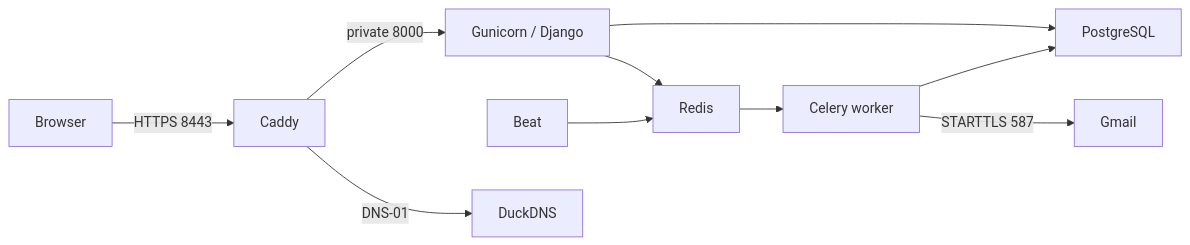
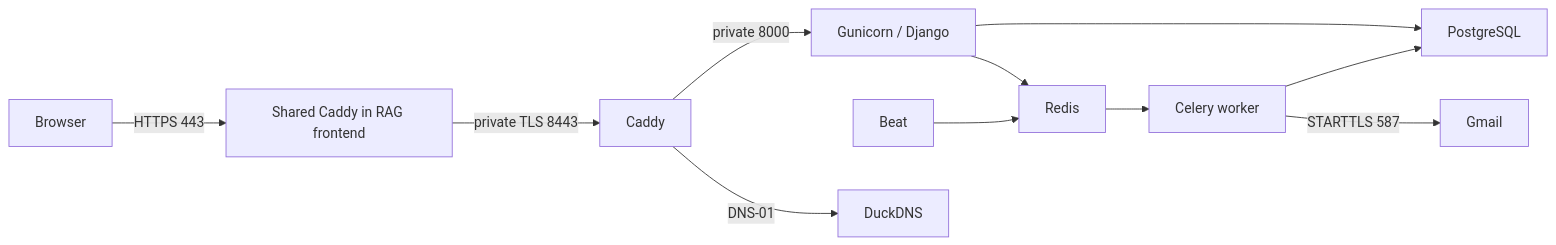
Before and after one commit to Tapan48/event_ticket_booking_api: the diagram in docs/deployment.md, drawn with Mermaid. The commit also changed other lines of this file and 5 other files, not shown here.

Commit message:
deploy: route ticket domain through shared HTTPS ingress

````diff
--- a/docs/deployment.md
+++ b/docs/deployment.md
@@ -14,12 +18,13 @@
 ```mermaid
 flowchart LR
-    Browser -->|HTTPS 8443| Caddy
+    Browser -->|HTTPS 443| Edge[Shared Caddy in RAG frontend]
+    Edge -->|private TLS 8443| Caddy
     Caddy -->|private 8000| Django[Gunicorn / Django]
     Django --> PostgreSQL
     Django --> Redis
     Beat --> Redis
     Redis --> Worker[Celery worker]
     Worker --> PostgreSQL
     Worker -->|STARTTLS 587| Gmail
     Caddy -->|DNS-01| DuckDNS
 ```
````
